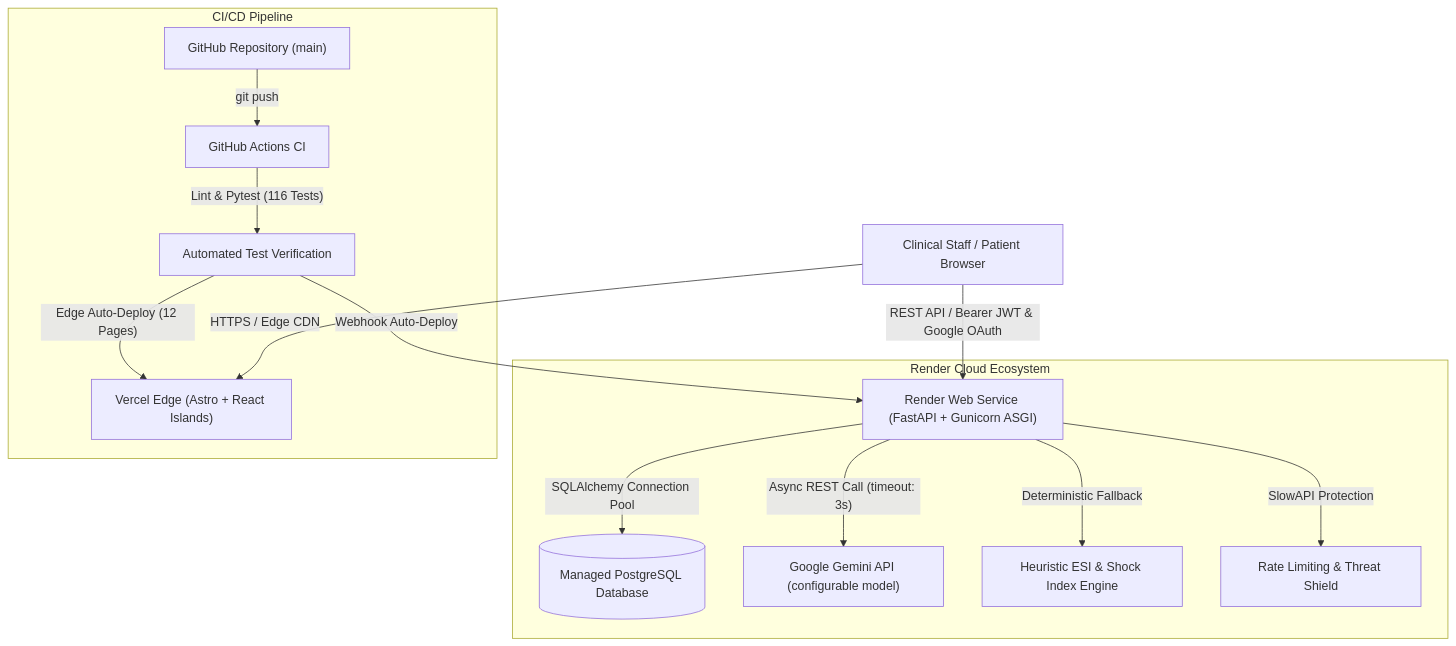
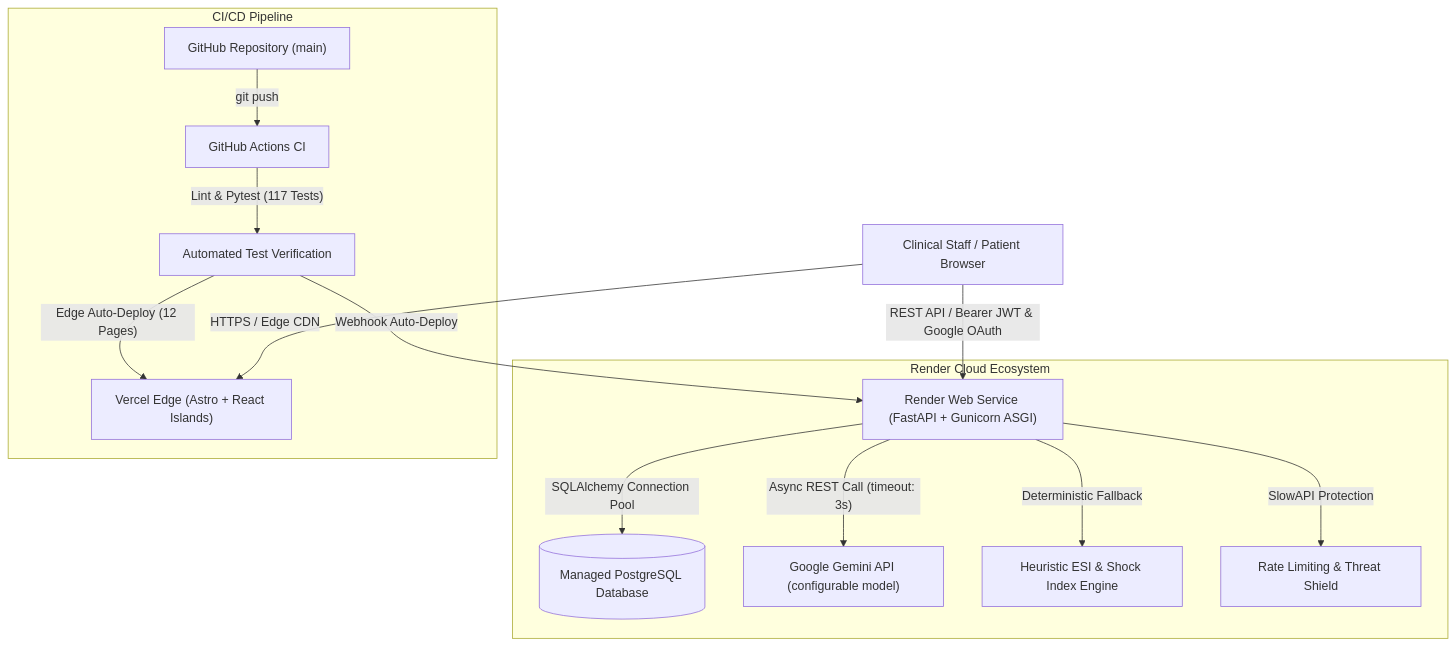
Before and after one commit to AkshayByte/swasthatrack: the first of 2 diagrams in README.md, drawn with Mermaid. The commit also changed other lines of this file and 3 other files, not shown here.

````diff
--- a/README.md
+++ b/README.md
@@ -39,19 +39,19 @@
 ```mermaid
 graph TD
     User["Clinical Staff / Patient Browser"] -->|"HTTPS / Edge CDN"| Vercel["Vercel Edge (Astro + React Islands)"]
     User -->|"REST API / Bearer JWT & Google OAuth"| Render["Render Web Service (FastAPI + Gunicorn ASGI)"]
     
     subgraph "Render Cloud Ecosystem"
         Render -->|"SQLAlchemy Connection Pool"| Postgres[("Managed PostgreSQL Database")]
         Render -->|"Async REST Call (timeout: 3s)"| Gemini["Google Gemini API (configurable model)"]
         Render -->|"Deterministic Fallback"| ESI["Heuristic ESI & Shock Index Engine"]
         Render -->|"SlowAPI Protection"| RateLimit["Rate Limiting & Threat Shield"]
     end
 
     subgraph "CI/CD Pipeline"
         GitHub["GitHub Repository (main)"] -->|"git push"| GHA["GitHub Actions CI"]
-        GHA -->|"Lint & Pytest (116 Tests)"| TestPass["Automated Test Verification"]
+        GHA -->|"Lint & Pytest (117 Tests)"| TestPass["Automated Test Verification"]
         TestPass -->|"Webhook Auto-Deploy"| Render
         TestPass -->|"Edge Auto-Deploy (12 Pages)"| Vercel
     end
 ```
````
